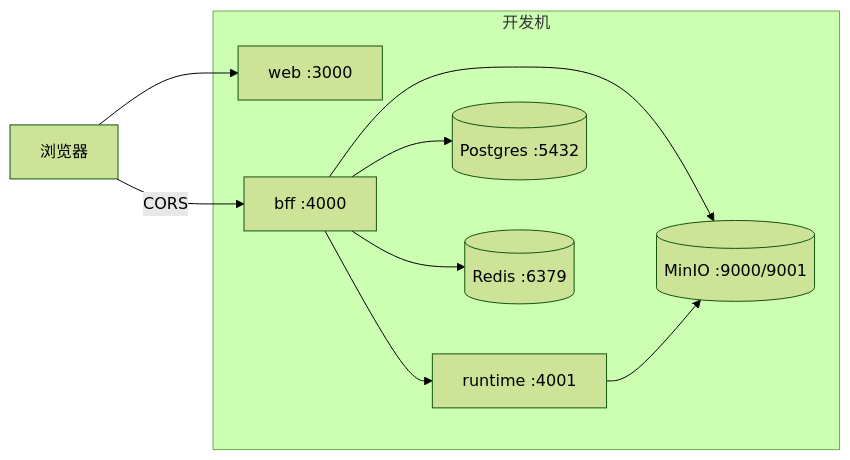
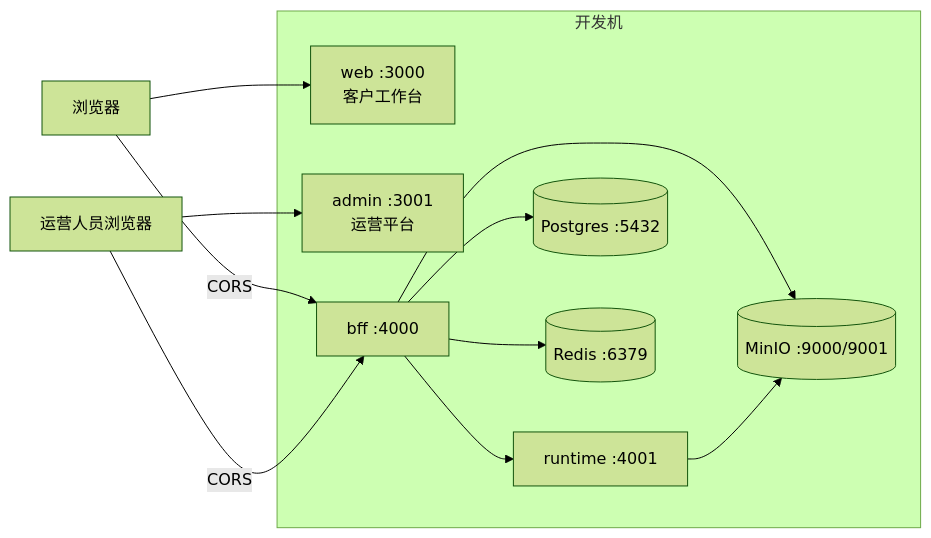
Before and after one commit to sylarjyd/work_sylar: the first of 2 diagrams in docs/deploy/06-deployment.md, drawn with Mermaid (forest theme). The commit also changed other lines of this file and 83 other files, not shown here.

````diff
--- a/docs/deploy/06-deployment.md
+++ b/docs/deploy/06-deployment.md
@@ -16,18 +16,21 @@
 ```mermaid
 flowchart LR
     subgraph Dev["开发机"]
-        WEB["web :3000"]
+        WEB["web :3000<br/>客户工作台"]
+        ADMIN["admin :3001<br/>运营平台"]
         BFF["bff :4000"]
         RT["runtime :4001"]
         PG[("Postgres :5432")]
         S3[("MinIO :9000/9001")]
         RD[("Redis :6379")]
     end
     Browser["浏览器"] --> WEB
+    Operator["运营人员浏览器"] --> ADMIN
     Browser -->|CORS| BFF
+    Operator -->|CORS| BFF
     BFF --> RT
     BFF --> PG
     BFF --> S3
     BFF --> RD
     RT --> S3
 ```
````
